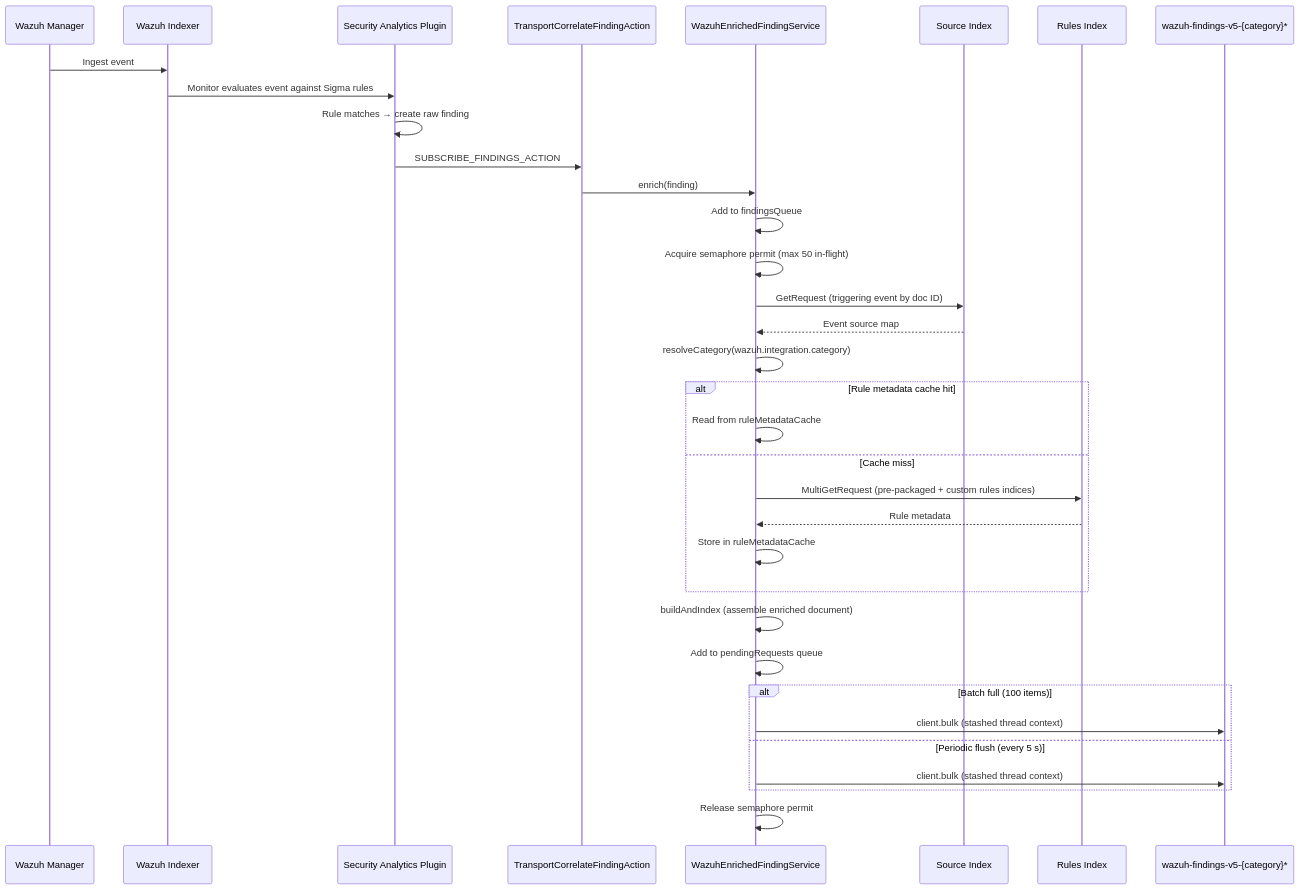
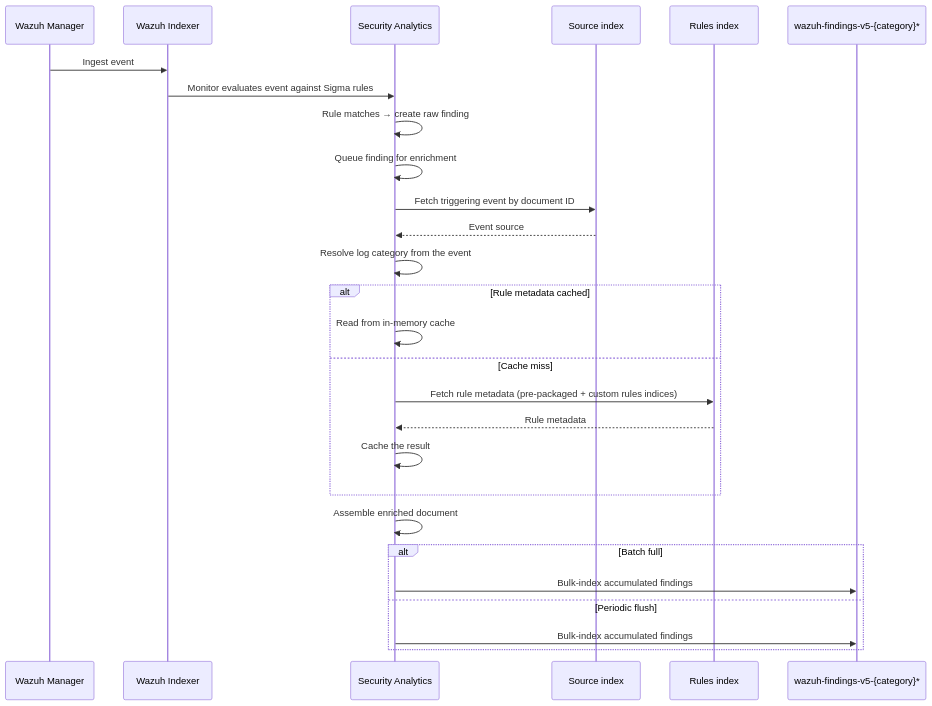
Before and after one commit to wazuh/wazuh-indexer-plugins: the diagram in docs/ref/modules/security-analytics/architecture.md, drawn with Mermaid. The commit also changed other lines of this file and 41 other files, not shown here.

````diff
--- a/docs/ref/modules/security-analytics/architecture.md
+++ b/docs/ref/modules/security-analytics/architecture.md
@@ -9,37 +9,30 @@
 ```mermaid
 sequenceDiagram
     participant A as Wazuh Manager
     participant I as Wazuh Indexer
-    participant SAP as Security Analytics Plugin
-    participant TC as TransportCorrelateFindingAction
-    participant WS as WazuhEnrichedFindingService
-    participant SI as Source Index
-    participant RI as Rules Index
+    participant SA as Security Analytics
+    participant SI as Source index
+    participant RI as Rules index
     participant WF as wazuh-findings-v5-{category}*
 
     A->>I: Ingest event
-    I->>SAP: Monitor evaluates event against Sigma rules
-    SAP->>SAP: Rule matches → create raw finding
-    SAP->>TC: SUBSCRIBE_FINDINGS_ACTION
-    TC->>WS: enrich(finding)
-    WS->>WS: Add to findingsQueue
-    WS->>WS: Acquire semaphore permit (max 50 in-flight)
-    WS->>SI: GetRequest (triggering event by doc ID)
-    SI-->>WS: Event source map
-    WS->>WS: resolveCategory(wazuh.integration.category)
-    alt Rule metadata cache hit
-        WS->>WS: Read from ruleMetadataCache
+    I->>SA: Monitor evaluates event against Sigma rules
+    SA->>SA: Rule matches → create raw finding
+    SA->>SA: Queue finding for enrichment
+    SA->>SI: Fetch triggering event by document ID
+    SI-->>SA: Event source
+    SA->>SA: Resolve log category from the event
+    alt Rule metadata cached
+        SA->>SA: Read from in-memory cache
     else Cache miss
-        WS->>RI: MultiGetRequest (pre-packaged + custom rules indices)
-        RI-->>WS: Rule metadata
-        WS->>WS: Store in ruleMetadataCache
+        SA->>RI: Fetch rule metadata (pre-packaged + custom rules indices)
+        RI-->>SA: Rule metadata
+        SA->>SA: Cache the result
     end
-    WS->>WS: buildAndIndex (assemble enriched document)
-    WS->>WS: Add to pendingRequests queue
-    alt Batch full (100 items)
-        WS->>WF: client.bulk (stashed thread context)
-    else Periodic flush (every 5 s)
-        WS->>WF: client.bulk (stashed thread context)
+    SA->>SA: Assemble enriched document
+    alt Batch full
+        SA->>WF: Bulk-index accumulated findings
+    else Periodic flush
+        SA->>WF: Bulk-index accumulated findings
     end
-    WS->>WS: Release semaphore permit
 ```
````
